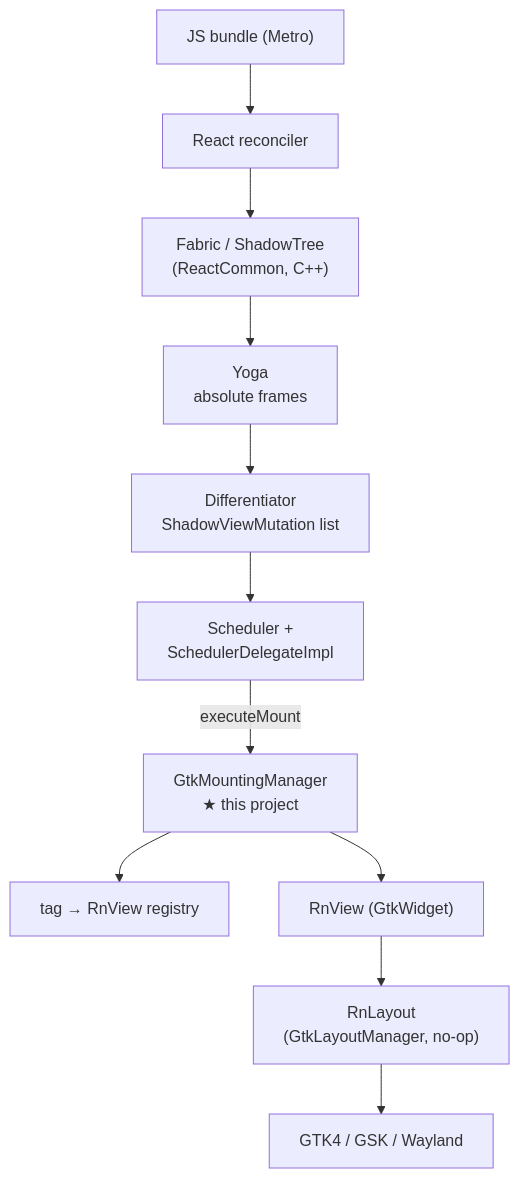
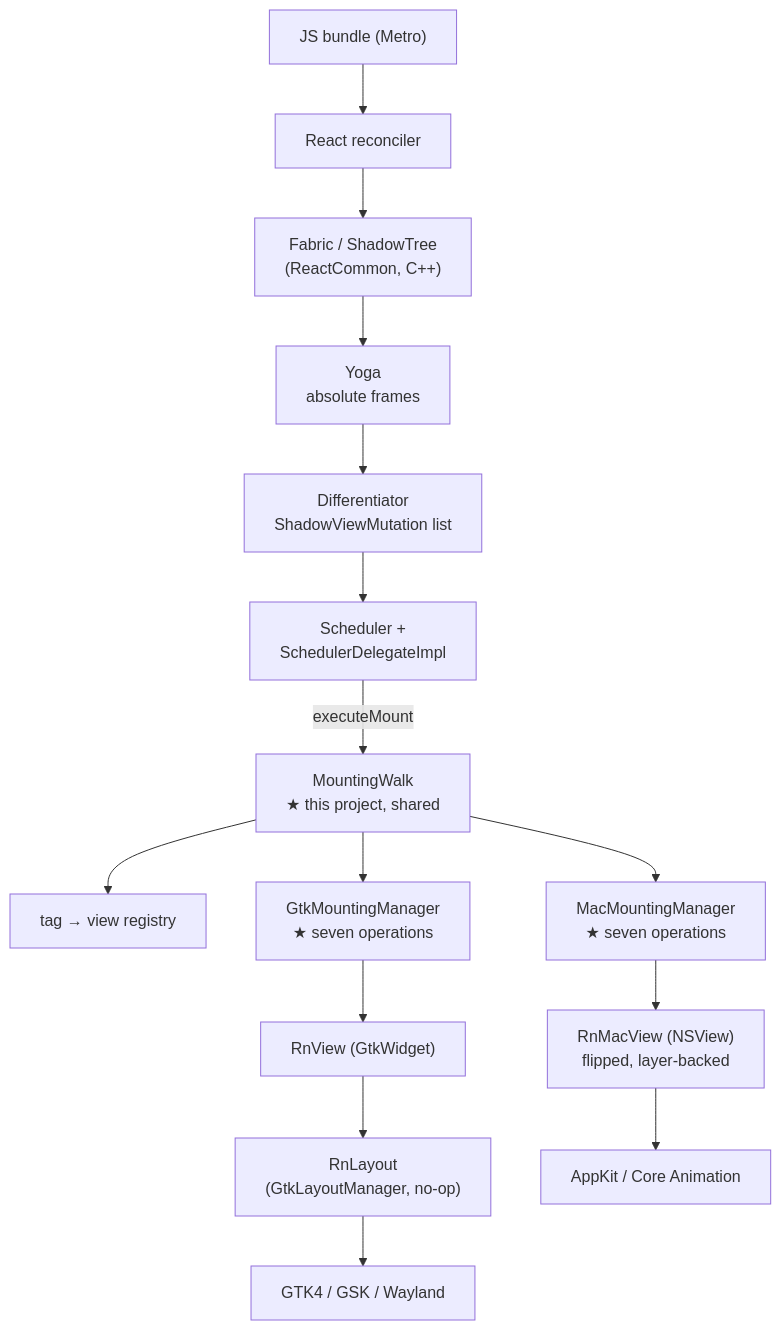
Before and after one commit to vincentvella/react-native-basalt: the diagram in docs/ARCHITECTURE.md, drawn with Mermaid. The commit also changed other lines of this file and 18 other files, not shown here.

````diff
--- a/docs/ARCHITECTURE.md
+++ b/docs/ARCHITECTURE.md
@@ -45,13 +45,17 @@
 ```mermaid
 flowchart TD
     JS["JS bundle (Metro)"] --> React["React reconciler"]
     React --> Fabric["Fabric / ShadowTree<br/>(ReactCommon, C++)"]
     Fabric --> Yoga["Yoga<br/>absolute frames"]
     Yoga --> Diff["Differentiator<br/>ShadowViewMutation list"]
     Diff --> Sched["Scheduler +<br/>SchedulerDelegateImpl"]
-    Sched -->|executeMount| MM["GtkMountingManager<br/>★ this project"]
-    MM --> Registry["tag → RnView registry"]
-    MM --> RnView["RnView (GtkWidget)"]
+    Sched -->|executeMount| MM["MountingWalk<br/>★ this project, shared"]
+    MM --> Registry["tag → view registry"]
+    MM --> Gtk["GtkMountingManager<br/>★ seven operations"]
+    MM --> Mac["MacMountingManager<br/>★ seven operations"]
+    Gtk --> RnView["RnView (GtkWidget)"]
     RnView --> RnLayout["RnLayout<br/>(GtkLayoutManager, no-op)"]
     RnLayout --> GTK["GTK4 / GSK / Wayland"]
+    Mac --> RnMacView["RnMacView (NSView)<br/>flipped, layer-backed"]
+    RnMacView --> AppKit["AppKit / Core Animation"]
 ```
````
